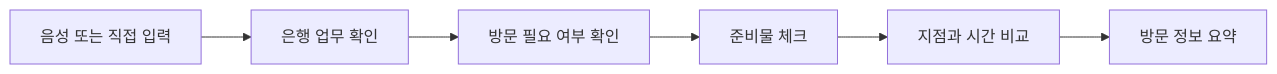
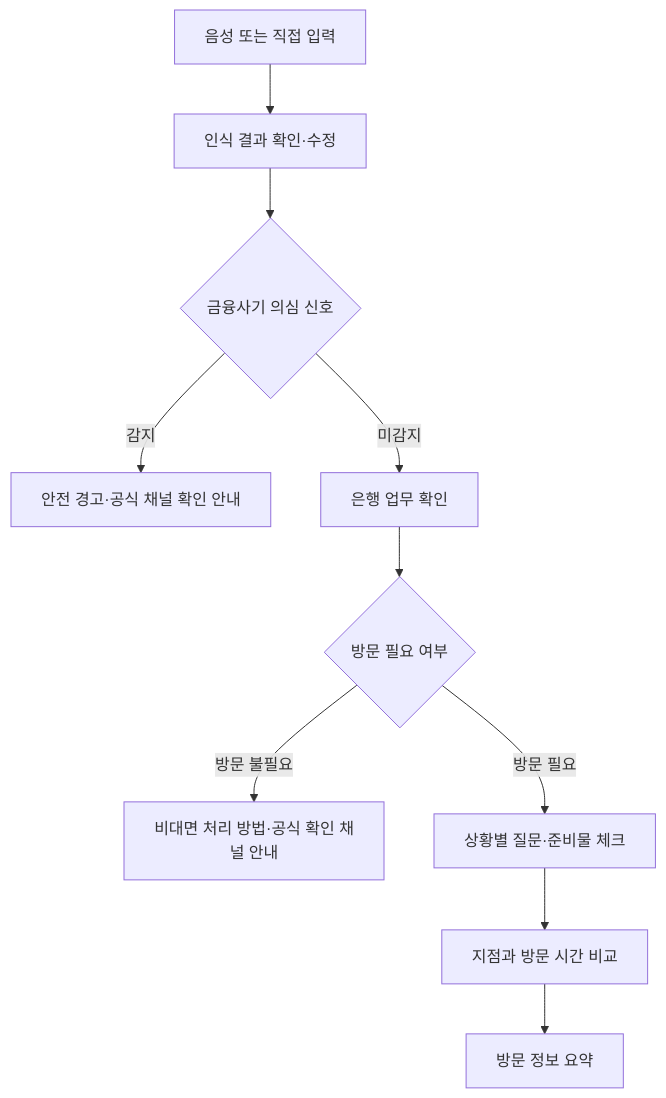
One commit to eobuba-official/.github changed the first of 2 diagrams in profile/README.md. Above: the diagram before and after it, drawn with Mermaid. The commit also changed other lines of this file, not shown here.

````diff
--- a/profile/README.md
+++ b/profile/README.md
@@ -26,8 +32,12 @@
 ```mermaid
-flowchart LR
-    A["음성 또는 직접 입력"] --> B["은행 업무 확인"]
-    B --> C["방문 필요 여부 확인"]
-    C --> D["준비물 체크"]
-    D --> E["지점과 시간 비교"]
-    E --> F["방문 정보 요약"]
+flowchart TD
+    A["음성 또는 직접 입력"] --> B["인식 결과 확인·수정"]
+    B --> C{"금융사기 의심 신호"}
+    C -->|감지| W["안전 경고·공식 채널 확인 안내"]
+    C -->|미감지| D["은행 업무 확인"]
+    D --> E{"방문 필요 여부"}
+    E -->|방문 불필요| N["비대면 처리 방법·공식 확인 채널 안내"]
+    E -->|방문 필요| F["상황별 질문·준비물 체크"]
+    F --> G["지점과 방문 시간 비교"]
+    G --> H["방문 정보 요약"]
 ```
````
